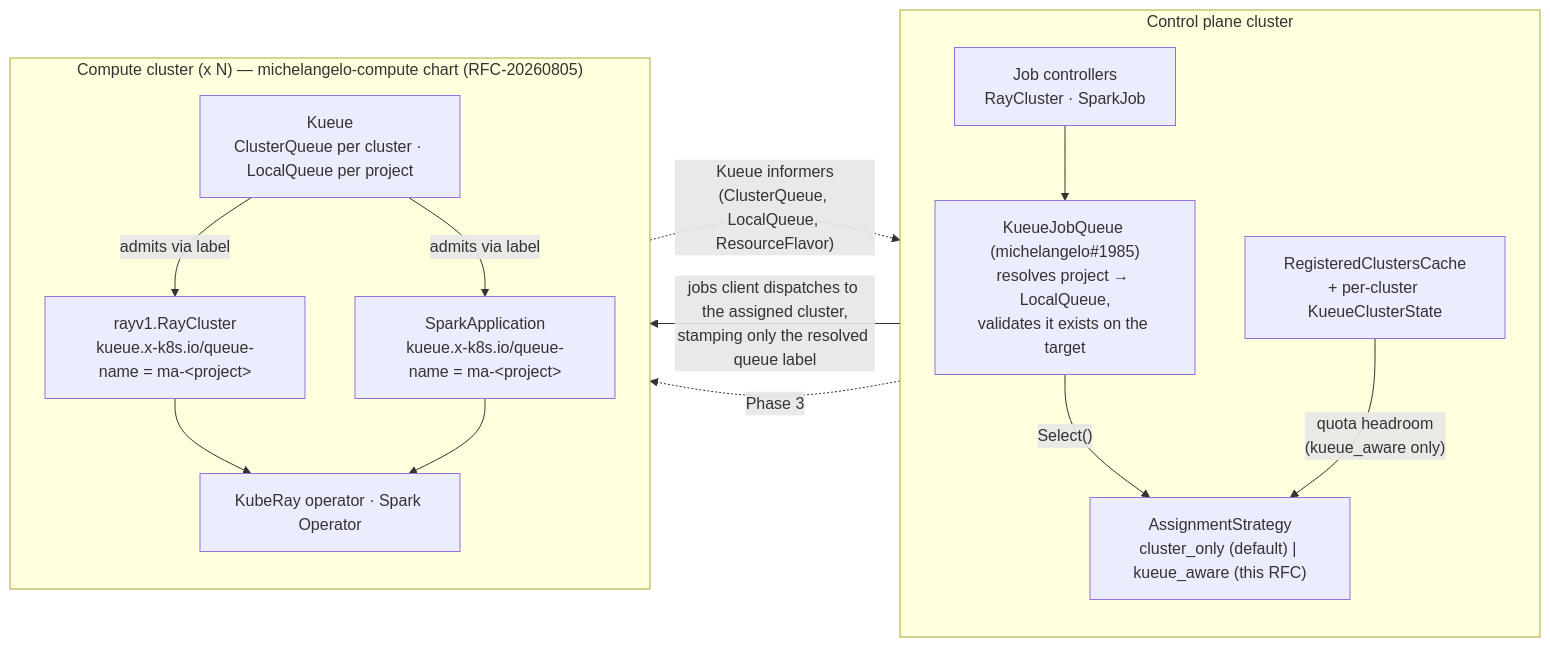
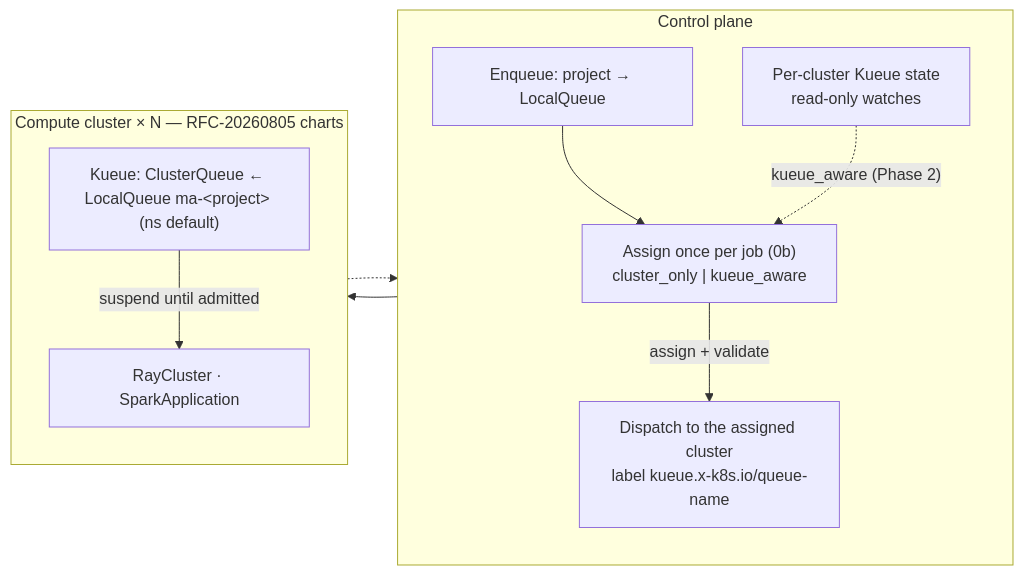
Before and after one commit to michelangelo-ai/enhancements: the diagram in rfcs/20260731-kueue-integration/20260731-kueue-integration.md, drawn with Mermaid. The commit also changed other lines of this file, not shown here.

````diff
--- a/rfcs/20260731-kueue-integration/20260731-kueue-integration.md
+++ b/rfcs/20260731-kueue-integration/20260731-kueue-integration.md
@@ -52,29 +78,21 @@
 ```mermaid
 flowchart LR
-    subgraph cp["Control plane cluster"]
+    subgraph cp["Control plane"]
         direction TB
-        ctrl["Job controllers<br/>RayCluster · SparkJob"]
-        kq["KueueJobQueue (michelangelo#1985)<br/>resolves project → LocalQueue,<br/>validates it exists on the target"]
-        strat["AssignmentStrategy<br/>cluster_only (default) | kueue_aware (this RFC)"]
-        cache["RegisteredClustersCache<br/>+ per-cluster KueueClusterState"]
-        ctrl --> kq
-        kq -->|"Select()"| strat
-        cache -->|"quota headroom<br/>(kueue_aware only)"| strat
+        enq["Enqueue: project → LocalQueue"]
+        sel["Assign once per job (0b)<br/>cluster_only | kueue_aware"]
+        st["Per-cluster Kueue state<br/>read-only watches"]
+        disp["Dispatch to the assigned cluster<br/>label kueue.x-k8s.io/queue-name"]
+        enq --> sel
+        st -.->|"kueue_aware (Phase 2)"| sel
+        sel -->|"assign + validate"| disp
     end
-
-    subgraph cc["Compute cluster (x N) — michelangelo-compute chart (RFC-20260805)"]
+    subgraph cc["Compute cluster × N — RFC-20260805 charts"]
         direction TB
-        kueue["Kueue<br/>ClusterQueue per cluster · LocalQueue per project"]
-        rc["rayv1.RayCluster<br/>kueue.x-k8s.io/queue-name = ma-&lt;project&gt;"]
-        sa["SparkApplication<br/>kueue.x-k8s.io/queue-name = ma-&lt;project&gt;"]
-        ops["KubeRay operator · Spark Operator"]
-        kueue -->|"admits via label"| rc
-        kueue -->|"admits via label"| sa
-        rc --> ops
-        sa --> ops
+        kq["Kueue: ClusterQueue ← LocalQueue ma-&lt;project&gt; (ns default)"]
+        w["RayCluster · SparkApplication"]
+        kq -->|"suspend until admitted"| w
     end
-
-    strat -->|"jobs client dispatches to the assigned cluster,<br/>stamping only the resolved queue label"| rc
-    strat -.->|"Phase 3"| sa
-    kueue -.->|"Kueue informers<br/>(ClusterQueue, LocalQueue, ResourceFlavor)"| cache
+    disp --> w
+    kq -.-> st
 ```
````
